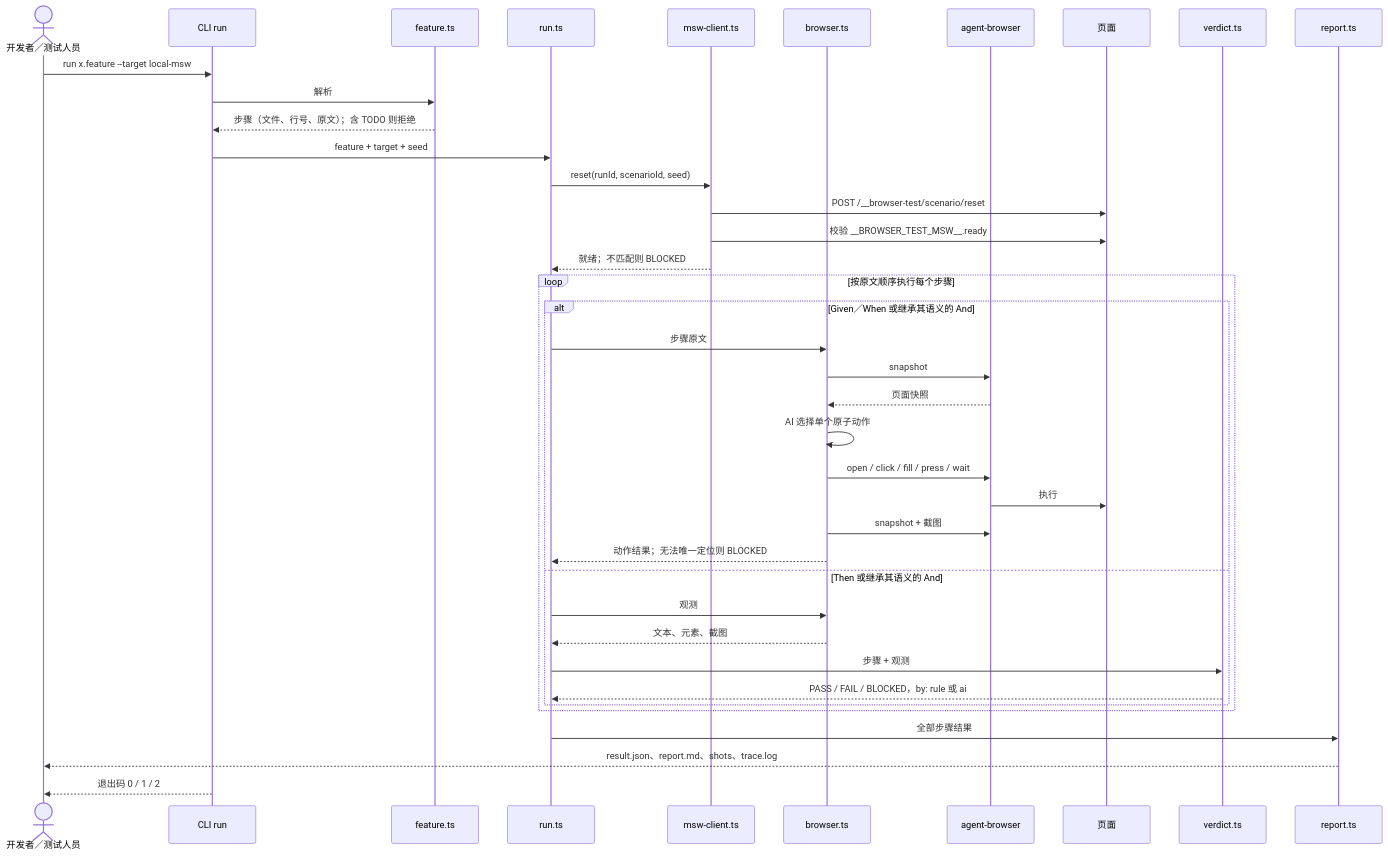
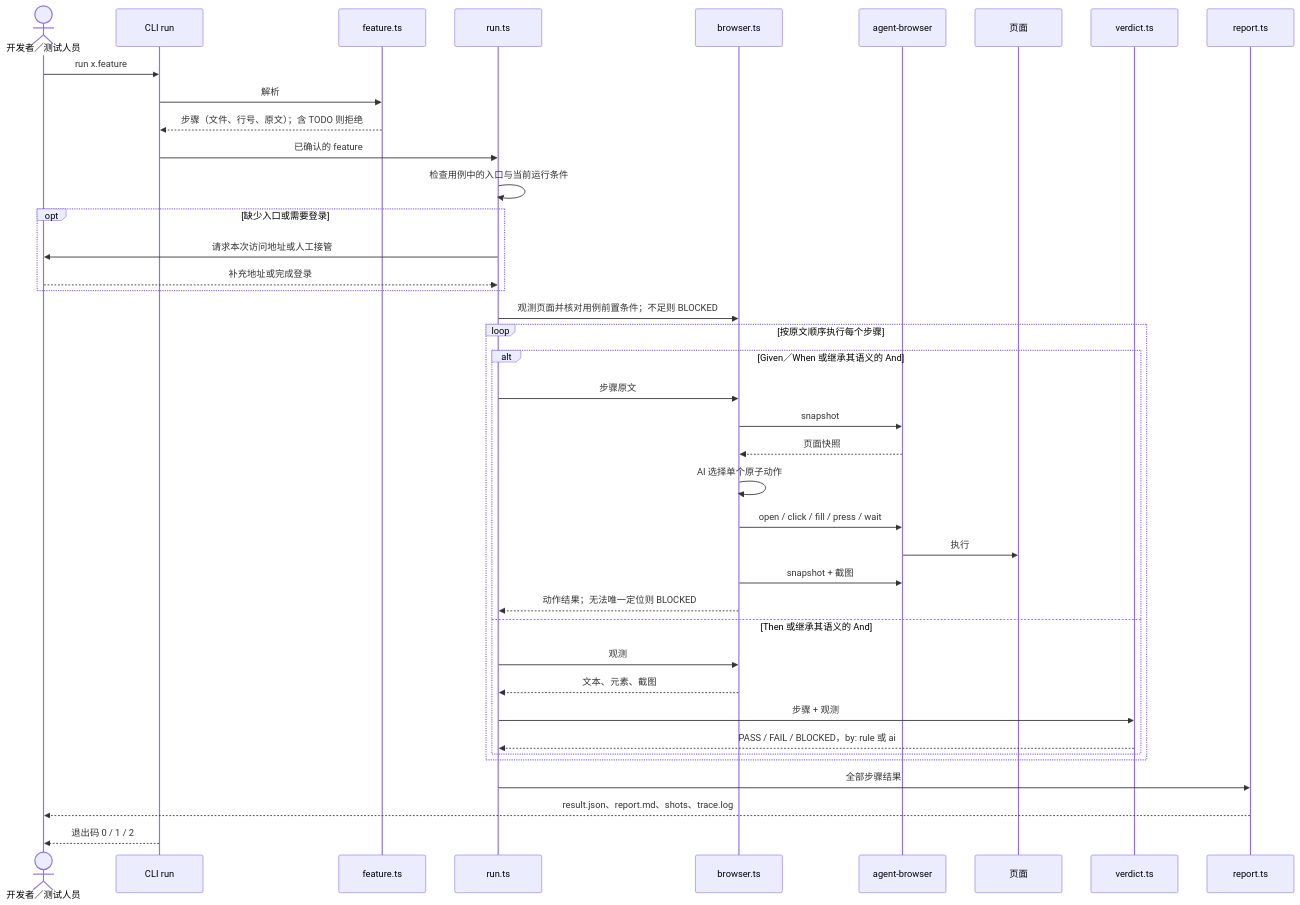
The third of 4 diagrams in docs/browser-test-technical-plan.md (Mone-Lee/browser-automated), drawn with Mermaid before and after one commit. The commit also changed other lines of this file and 5 other files, not shown here.

Commit message:
refactor(browser-test): simplify scope to XMind-driven testing

````diff
--- a/docs/browser-test-technical-plan.md
+++ b/docs/browser-test-technical-plan.md
@@ -141,42 +126,43 @@
 ```mermaid
 sequenceDiagram
     actor U as 开发者／测试人员
     participant C as CLI run
     participant F as feature.ts
     participant R as run.ts
-    participant M as msw-client.ts
     participant B as browser.ts
     participant AB as agent-browser
     participant P as 页面
     participant V as verdict.ts
     participant RP as report.ts
 
-    U->>C: run x.feature --target local-msw
+    U->>C: run x.feature
     C->>F: 解析
     F-->>C: 步骤（文件、行号、原文）；含 TODO 则拒绝
-    C->>R: feature + target + seed
-    R->>M: reset(runId, scenarioId, seed)
-    M->>P: POST /__browser-test/scenario/reset
-    M->>P: 校验 __BROWSER_TEST_MSW__.ready
-    M-->>R: 就绪；不匹配则 BLOCKED
+    C->>R: 已确认的 feature
+    R->>R: 检查用例中的入口与当前运行条件
+    opt 缺少入口或需要登录
+        R->>U: 请求本次访问地址或人工接管
+        U-->>R: 补充地址或完成登录
+    end
+    R->>B: 观测页面并核对用例前置条件；不足则 BLOCKED
     loop 按原文顺序执行每个步骤
         alt Given／When 或继承其语义的 And
             R->>B: 步骤原文
             B->>AB: snapshot
             AB-->>B: 页面快照
             B->>B: AI 选择单个原子动作
             B->>AB: open / click / fill / press / wait
             AB->>P: 执行
             B->>AB: snapshot + 截图
             B-->>R: 动作结果；无法唯一定位则 BLOCKED
         else Then 或继承其语义的 And
             R->>B: 观测
             B-->>R: 文本、元素、截图
             R->>V: 步骤 + 观测
             V-->>R: PASS / FAIL / BLOCKED，by: rule 或 ai
         end
     end
     R->>RP: 全部步骤结果
     RP-->>U: result.json、report.md、shots、trace.log
     C-->>U: 退出码 0 / 1 / 2
 ```
````
